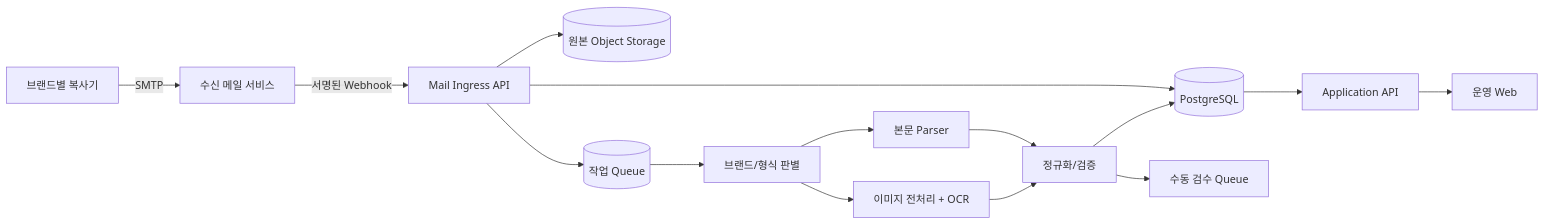
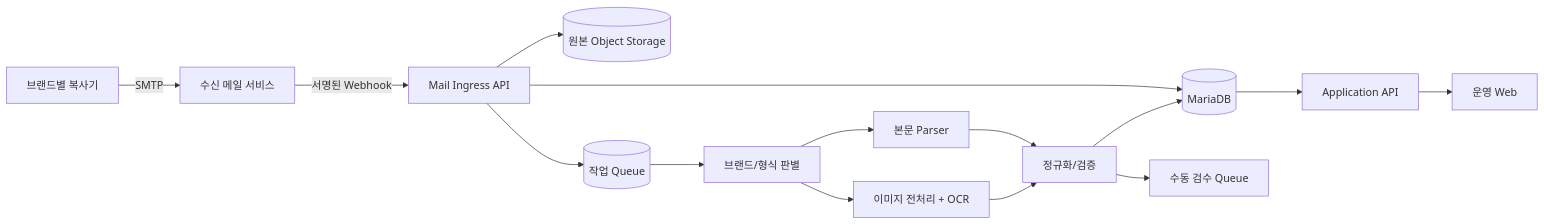
Before and after one commit to me0kmin27/Counter-checker: the diagram in docs/architecture.md, drawn with Mermaid. The commit also changed other lines of this file and 18 other files, not shown here.

````diff
--- a/docs/architecture.md
+++ b/docs/architecture.md
@@ -8,17 +8,17 @@
 ```mermaid
 flowchart LR
     Copier[브랜드별 복사기] -->|SMTP| Mail[수신 메일 서비스]
     Mail -->|서명된 Webhook| Ingress[Mail Ingress API]
     Ingress --> Object[(원본 Object Storage)]
-    Ingress --> DB[(PostgreSQL)]
+    Ingress --> DB[(MariaDB)]
     Ingress --> Queue[(작업 Queue)]
     Queue --> Detect[브랜드/형식 판별]
     Detect --> Text[본문 Parser]
     Detect --> Image[이미지 전처리 + OCR]
     Text --> Normalize[정규화/검증]
     Image --> Normalize
     Normalize --> DB
     Normalize --> Review[수동 검수 Queue]
     DB --> API[Application API]
     API --> Web[운영 Web]
 ```
````
